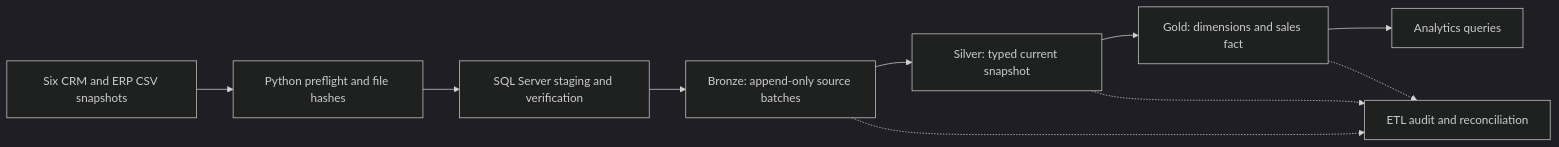
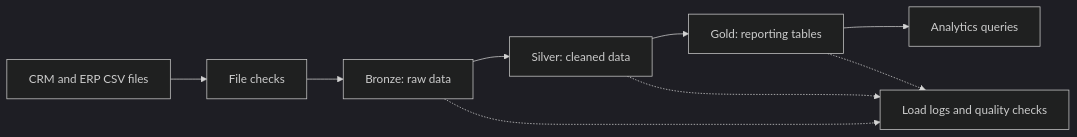
One commit to Friday-code254/SQL-Data-Warehouse changed the diagram in README.md. Above: the diagram before and after it, drawn with Mermaid (dark theme). The commit also changed other lines of this file, not shown here.

First line of the commit message:
Revise README for SQL Data Warehouse project

````diff
--- a/README.md
+++ b/README.md
@@ -54,12 +20,11 @@
 ```mermaid
 flowchart LR
-    A[Six CRM and ERP CSV snapshots] --> B[Python preflight and file hashes]
-    B --> C[SQL Server staging and verification]
-    C --> D[Bronze: append-only source batches]
-    D --> E[Silver: typed current snapshot]
-    E --> F[Gold: dimensions and sales fact]
-    F --> G[Analytics queries]
-    D -.-> H[ETL audit and reconciliation]
-    E -.-> H
-    F -.-> H
+    A[CRM and ERP CSV files] --> B[File checks]
+    B --> C[Bronze: raw data]
+    C --> D[Silver: cleaned data]
+    D --> E[Gold: reporting tables]
+    E --> F[Analytics queries]
+    C -.-> G[Load logs and quality checks]
+    D -.-> G
+    E -.-> G
 ```
````
